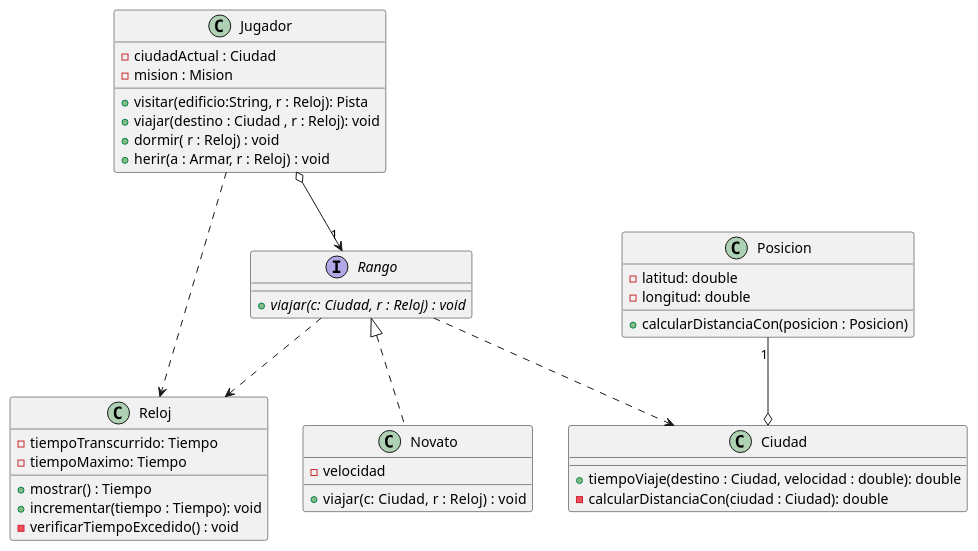
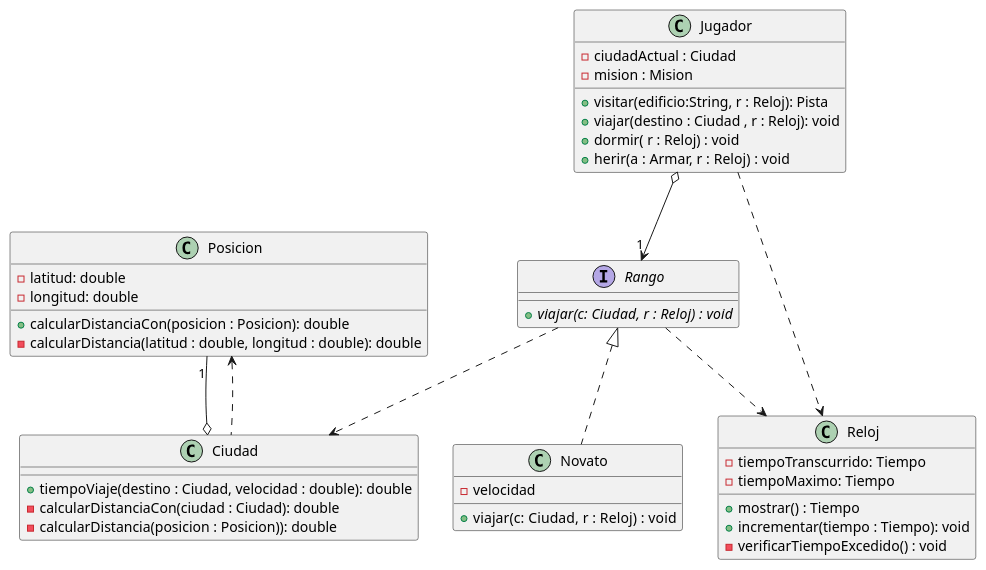
The diagram in diagrams/classes/diagrama_clases_entrega1_rango.puml (martinanus/algo3_tp2), drawn with PlantUML before and after one commit. The commit also changed 1 other file, not shown here.

Commit message:
Se actualizan diagramas UML

```diff
--- a/diagrams/classes/diagrama_clases_entrega1_rango.puml
+++ b/diagrams/classes/diagrama_clases_entrega1_rango.puml
@@ -1,54 +1,56 @@
 @startuml
 
 
 Rango <|.. Novato
 Jugador o--> "1" Rango
 Jugador ..> Reloj
 Rango ..> Reloj
 Rango ..> Ciudad
 Posicion "1" --o Ciudad
-
+Ciudad .up.> Posicion
 
 
 interface Rango {
     {abstract} + viajar(c: Ciudad,  r : Reloj) : void
 }
 
 
 class Novato {
     - velocidad
     + viajar(c: Ciudad,  r : Reloj) : void
 }
 
 class Jugador {
     - ciudadActual : Ciudad
     - mision : Mision
     + visitar(edificio:String, r : Reloj): Pista
     + viajar(destino : Ciudad , r : Reloj): void
     + dormir( r : Reloj) : void
     + herir(a : Armar, r : Reloj) : void
 }
 
 class Ciudad {
     + tiempoViaje(destino : Ciudad, velocidad : double): double
     - calcularDistanciaCon(ciudad : Ciudad): double
+    - calcularDistancia(posicion : Posicion)): double
 }
 
 class Posicion {
     - latitud: double
     - longitud: double
-    + calcularDistanciaCon(posicion : Posicion)
+    + calcularDistanciaCon(posicion : Posicion): double
+    - calcularDistancia(latitud : double, longitud : double): double
 }
 
 
 class Reloj{
     - tiempoTranscurrido: Tiempo
     - tiempoMaximo: Tiempo
     + mostrar() : Tiempo
     + incrementar(tiempo : Tiempo): void
     - verificarTiempoExcedido() : void
 }
 
 
 
 @enduml
```
